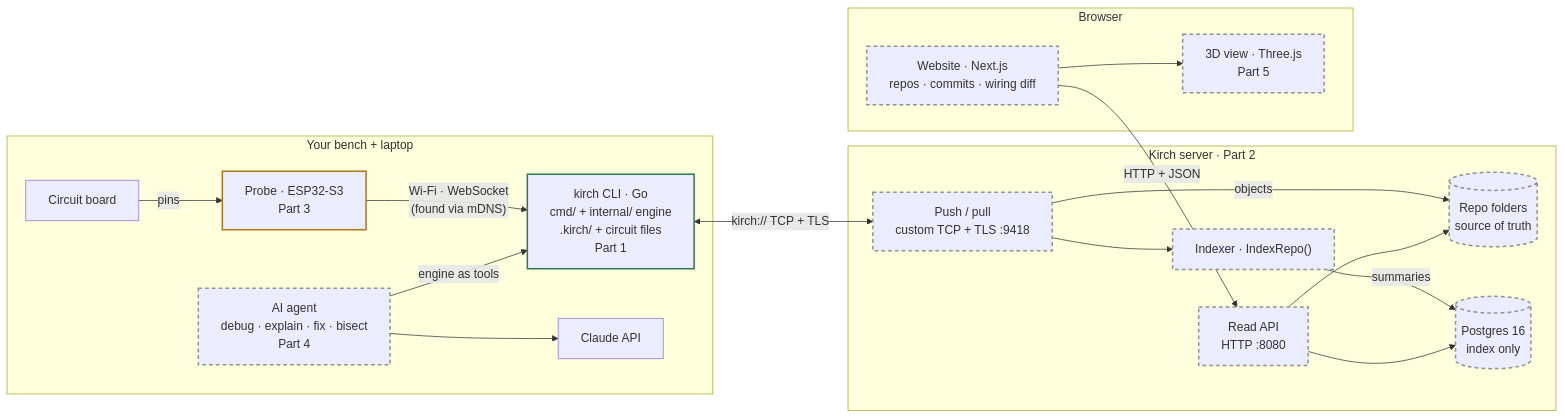
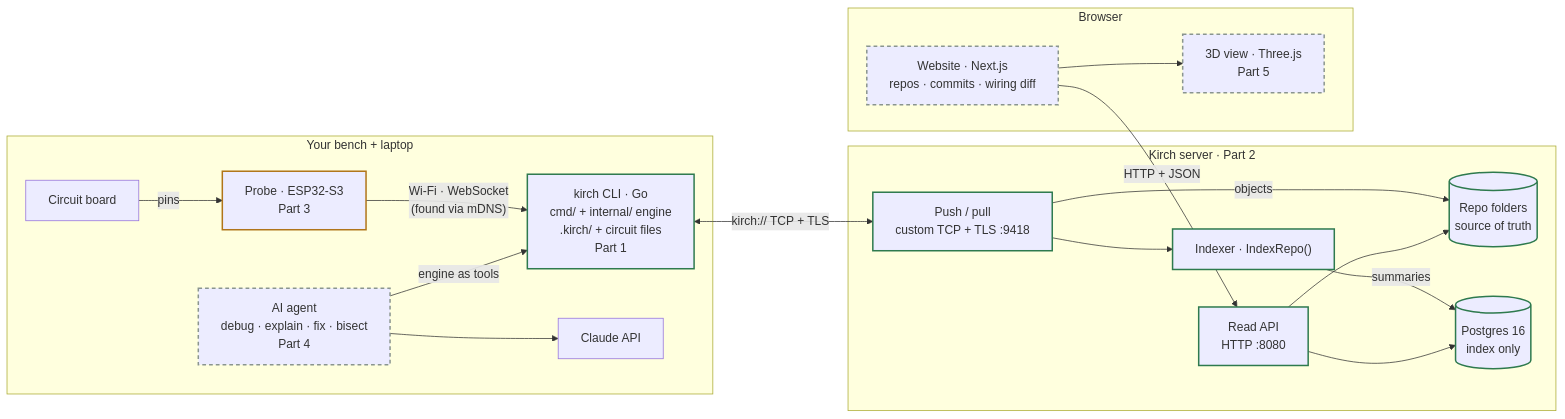
One commit to Kirch-log/Kirch changed the diagram in README.md. Above: the diagram before and after it, drawn with Mermaid. The commit also changed other lines of this file and 7 other files, not shown here.

````diff
--- a/README.md
+++ b/README.md
@@ -18,43 +18,44 @@
 ```mermaid
 flowchart LR
   subgraph bench["Your bench + laptop"]
     board["Circuit board"]
     probe["Probe · ESP32-S3<br/>Part 3"]
     cli["kirch CLI · Go<br/>cmd/ + internal/ engine<br/>.kirch/ + circuit files<br/>Part 1"]
     agent["AI agent<br/>debug · explain · fix · bisect<br/>Part 4"]
     claude["Claude API"]
   end
 
   subgraph server["Kirch server · Part 2"]
     push["Push / pull<br/>custom TCP + TLS :9418"]
     indexer["Indexer · IndexRepo()"]
     api["Read API<br/>HTTP :8080"]
     repos[("Repo folders<br/>source of truth")]
     pg[("Postgres 16<br/>index only")]
   end
 
   subgraph browser["Browser"]
     web["Website · Next.js<br/>repos · commits · wiring diff"]
     view3d["3D view · Three.js<br/>Part 5"]
   end
 
   board -- pins --> probe
   probe -- "Wi-Fi · WebSocket<br/>(found via mDNS)" --> cli
   agent -- "engine as tools" --> cli
   agent --> claude
   cli <-- "kirch:// TCP + TLS" --> push
   push -- objects --> repos
   push --> indexer
   indexer -- summaries --> pg
   api --> pg
   api --> repos
   web -- HTTP + JSON --> api
   web --> view3d
 
   classDef built stroke:#2E7A4E,stroke-width:2px
   classDef wip stroke:#B0751A,stroke-width:2px
   classDef plan stroke:#8A958F,stroke-width:2px,stroke-dasharray:5 4
   class cli built
   class probe wip
-  class agent,push,indexer,api,repos,pg,web,view3d plan
+  class push,indexer,api,repos,pg built
+  class agent,web,view3d plan
 ```
````
